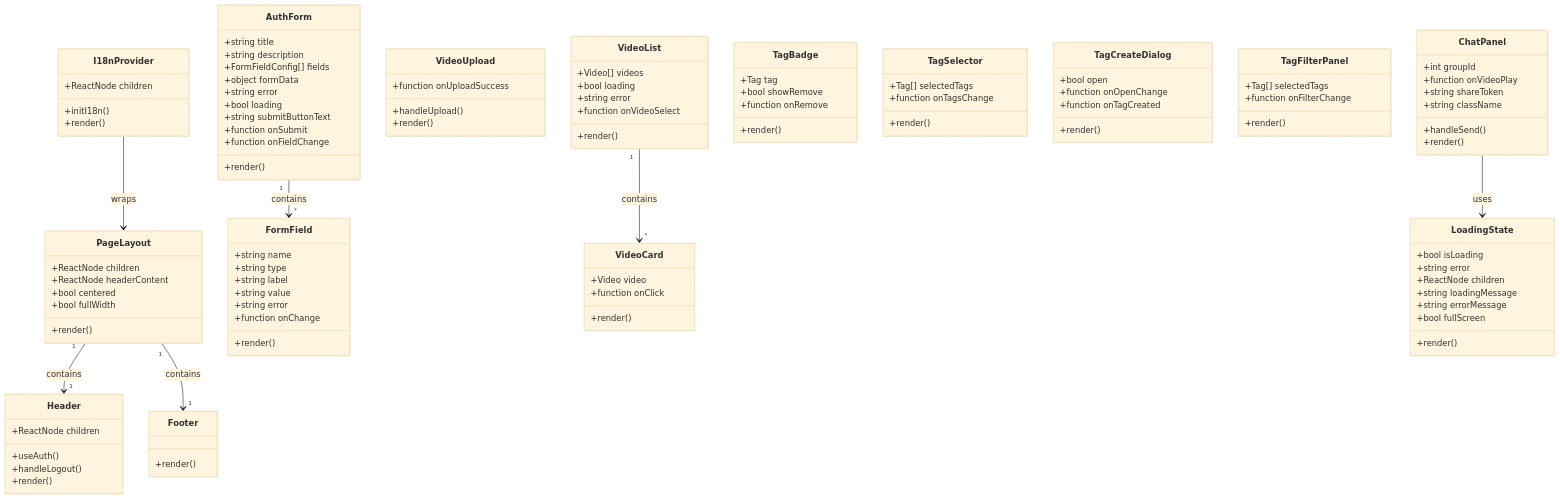
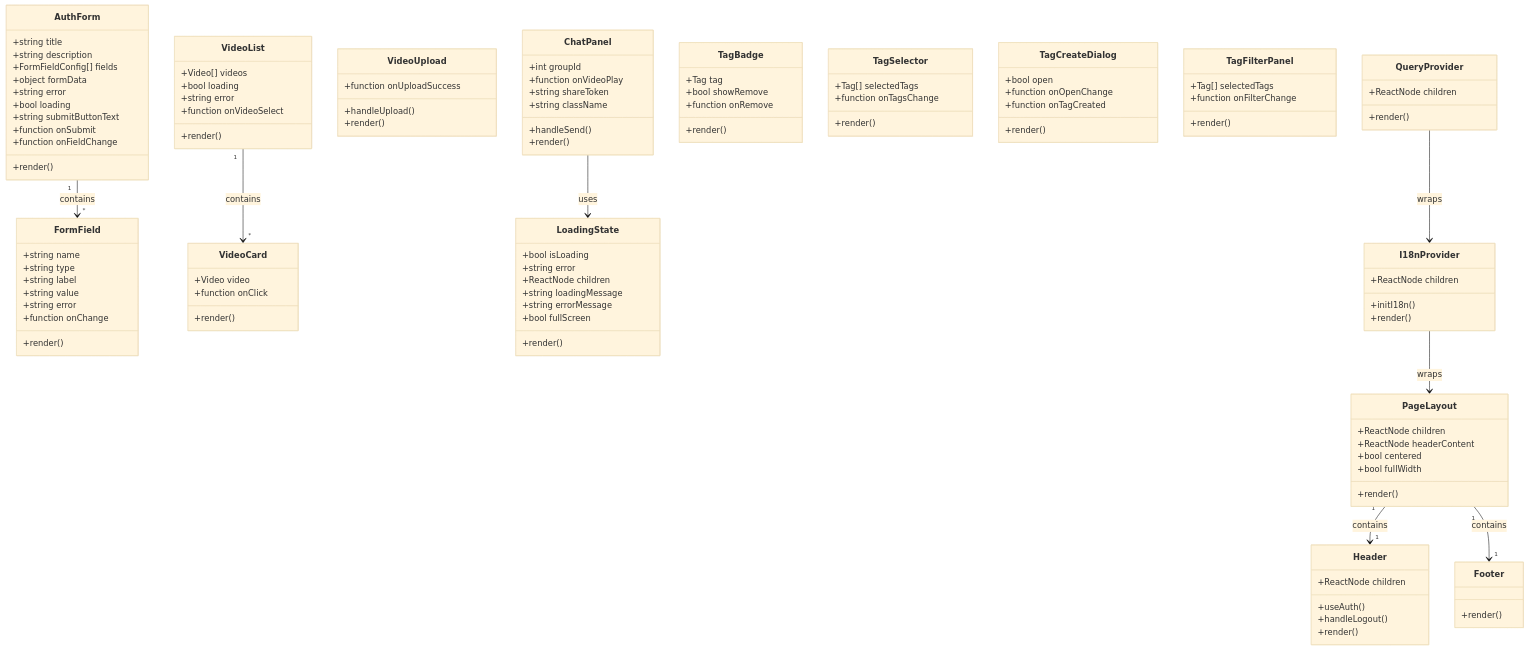
The second of 3 diagrams in docs/design/class-diagram.md (yukiharada1228/videoq), drawn with Mermaid (base theme) before and after one commit. The commit also changed 4 other files, not shown here.

Commit message:
docs: reflect transaction.atomic and TanStack Query in diagrams

````diff
--- a/docs/design/class-diagram.md
+++ b/docs/design/class-diagram.md
@@ -254,10 +254,16 @@
         +render()
     }
     
+    class QueryProvider {
+        +ReactNode children
+        +render()
+    }
+    
     PageLayout "1" --> "1" Header : contains
     PageLayout "1" --> "1" Footer : contains
     AuthForm "1" --> "*" FormField : contains
     VideoList "1" --> "*" VideoCard : contains
     ChatPanel --> LoadingState : uses
     I18nProvider --> PageLayout : wraps
+    QueryProvider --> I18nProvider : wraps
 ```
````
